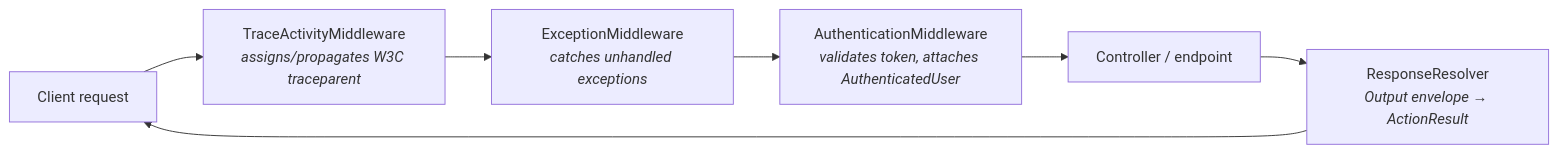
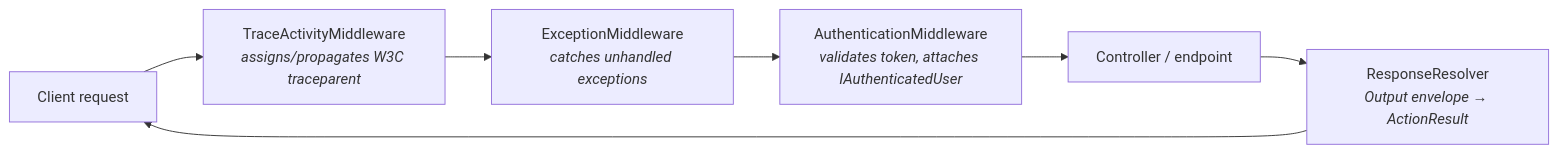
Before and after one commit to artur-rios/dotnet-webapi-util: the first of 3 diagrams in docs/content/architecture.md, drawn with Mermaid. The commit also changed 4 other files, not shown here.

````diff
--- a/docs/content/architecture.md
+++ b/docs/content/architecture.md
@@ -17,9 +17,9 @@
 ```mermaid
 flowchart LR
     Client["Client request"] --> Trace["TraceActivityMiddleware<br/><i>assigns/propagates W3C traceparent</i>"]
     Trace --> Exception["ExceptionMiddleware<br/><i>catches unhandled exceptions</i>"]
-    Exception --> Auth["AuthenticationMiddleware<br/><i>validates token, attaches AuthenticatedUser</i>"]
+    Exception --> Auth["AuthenticationMiddleware<br/><i>validates token, attaches IAuthenticatedUser</i>"]
     Auth --> Endpoint["Controller / endpoint"]
     Endpoint --> Resolver["ResponseResolver<br/><i>Output envelope → ActionResult</i>"]
     Resolver --> Client
 ```
````
